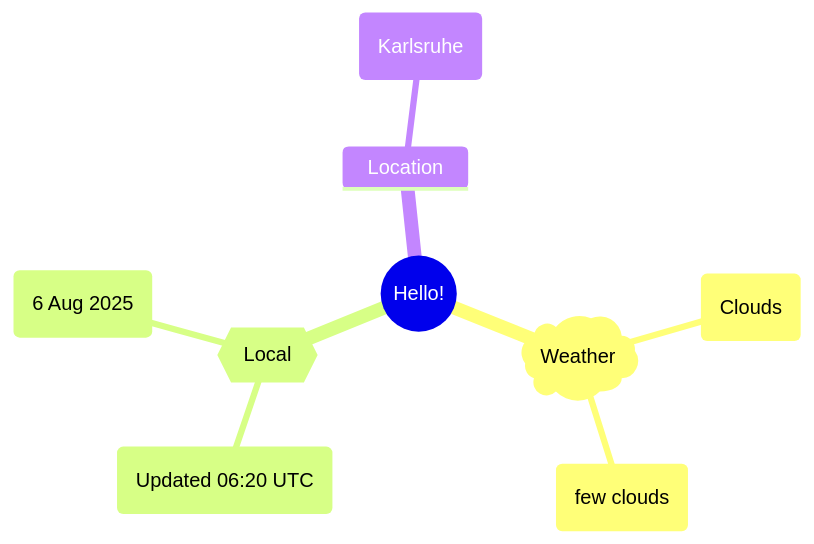
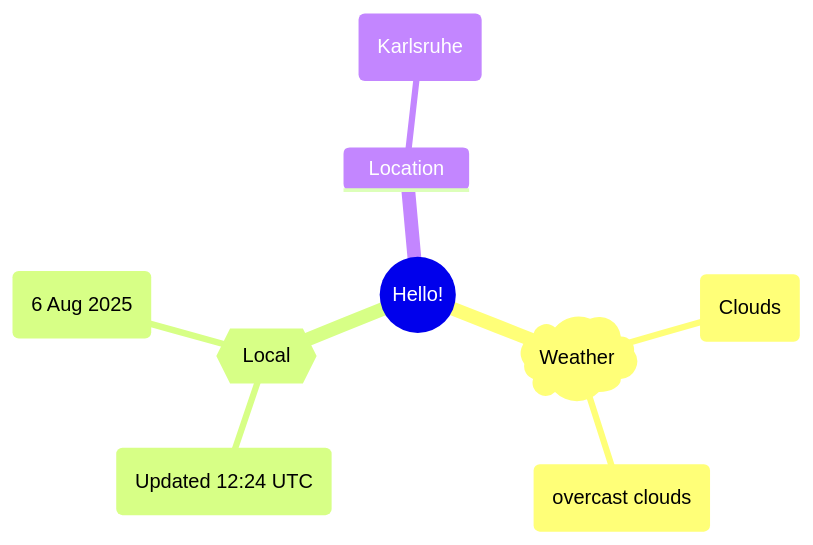
One commit to Xosrov/Xosrov changed the first of 2 diagrams in README.md. Above: the diagram before and after it, drawn with Mermaid.

Commit message:
[bot] updated images

````diff
--- a/README.md
+++ b/README.md
@@ -3,12 +3,12 @@
 ```mermaid
 mindmap
   root((Hello!))
     )Weather(
         (Clouds)
-        (few clouds)
+        (overcast clouds)
     {{Local}}
-        (Updated 06:20 UTC)
+        (Updated 12:24 UTC)
         (6 Aug 2025)
     Location
         (Karlsruhe)
 ```
````
